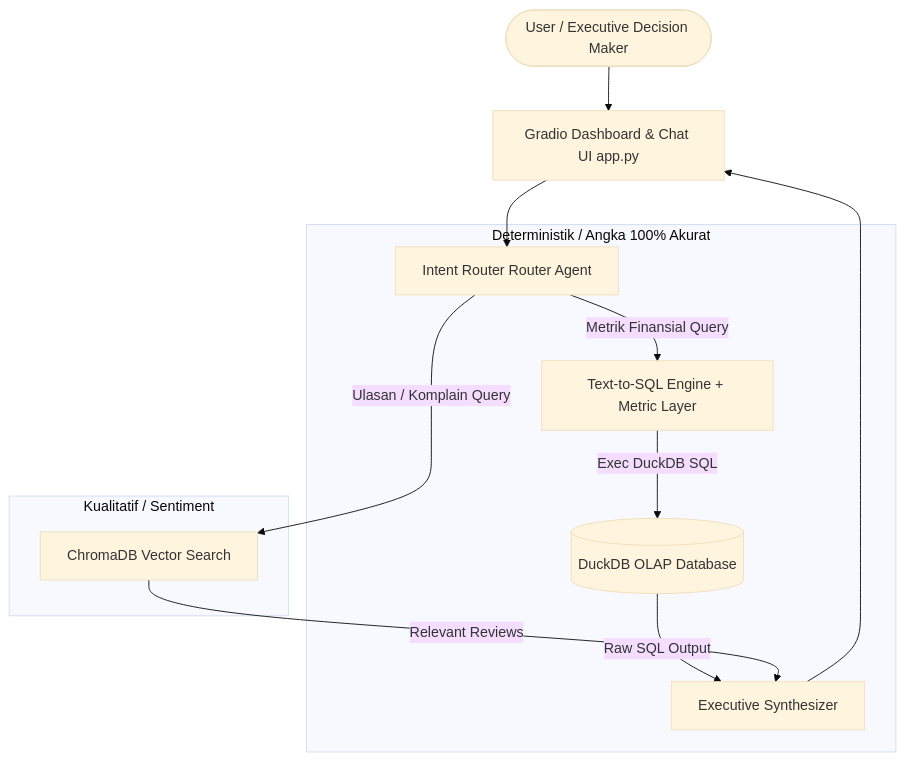
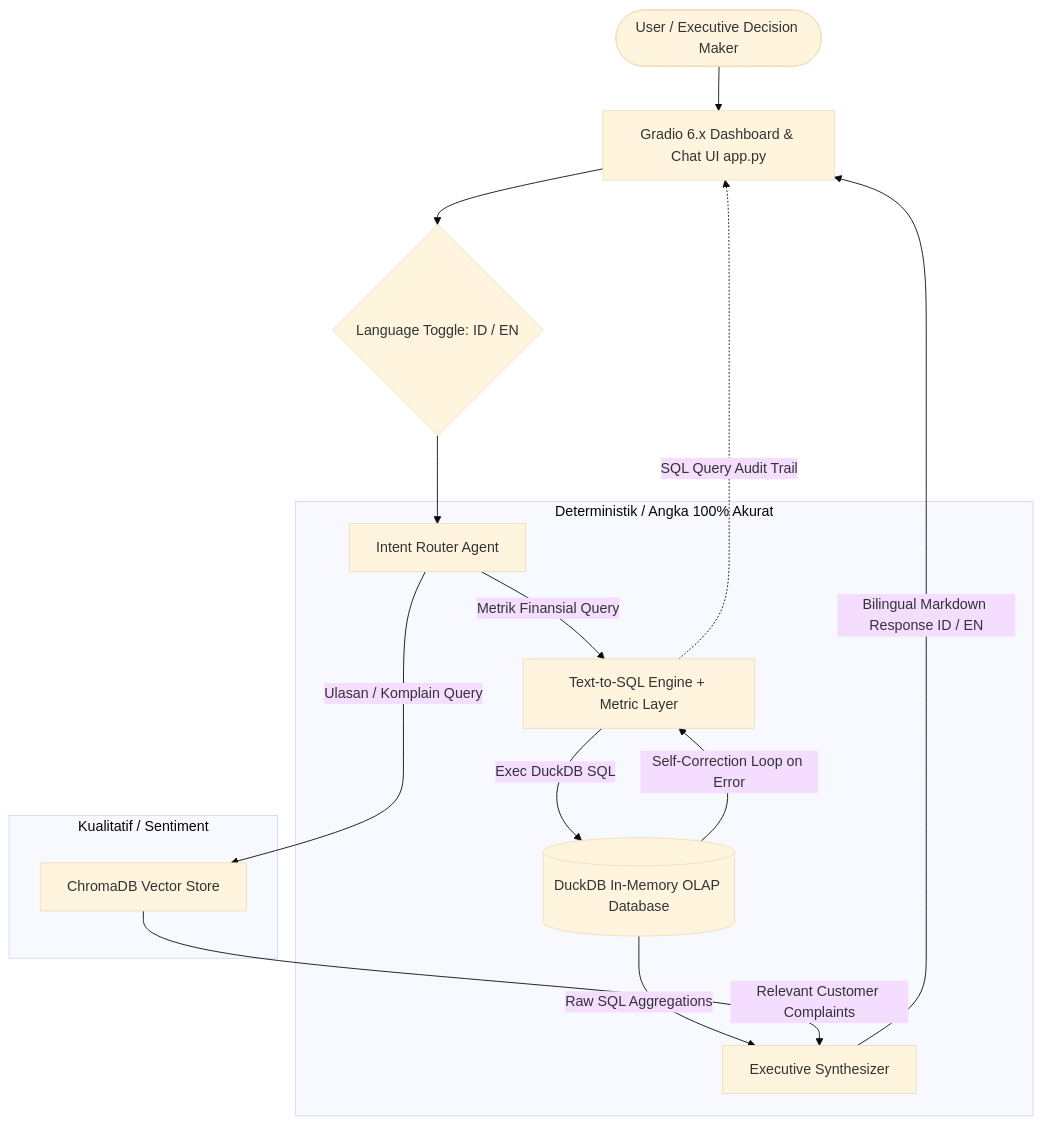
Before and after one commit to rfahur11/rag-marketplace: the diagram in README.md, drawn with Mermaid (base theme). The commit also changed other lines of this file and 1 other file, not shown here.

````diff
--- a/README.md
+++ b/README.md
@@ -32,18 +40,21 @@
 ```mermaid
 flowchart TD
-    User([User / Executive Decision Maker]) --> UI[Gradio Dashboard & Chat UI app.py]
-    UI --> Router[Intent Router Router Agent]
+    User([User / Executive Decision Maker]) --> UI[Gradio 6.x Dashboard & Chat UI app.py]
+    UI --> LangSwitch{Language Toggle: ID / EN}
+    LangSwitch --> Router[Intent Router Agent]
     
     subgraph Analytics Path [Deterministik / Angka 100% Akurat]
         Router -->|Metrik Finansial Query| Text2SQL[Text-to-SQL Engine + Metric Layer]
-        Text2SQL -->|Exec DuckDB SQL| DuckDB[(DuckDB OLAP Database)]
-        DuckDB -->|Raw SQL Output| Synthesizer[Executive Synthesizer]
+        Text2SQL -->|Exec DuckDB SQL| DuckDB[(DuckDB In-Memory OLAP Database)]
+        DuckDB -->|Self-Correction Loop on Error| Text2SQL
+        DuckDB -->|Raw SQL Aggregations| Synthesizer[Executive Synthesizer]
     end
     
     subgraph Qualitative Path [Kualitatif / Sentiment]
-        Router -->|Ulasan / Komplain Query| VectorSearch[ChromaDB Vector Search]
-        VectorSearch -->|Relevant Reviews| Synthesizer
+        Router -->|Ulasan / Komplain Query| VectorSearch[ChromaDB Vector Store]
+        VectorSearch -->|Relevant Customer Complaints| Synthesizer
     end
     
-    Synthesizer --> UI
+    Synthesizer -->|Bilingual Markdown Response ID / EN| UI
+    Text2SQL -.->|SQL Query Audit Trail| UI
 ```
````
